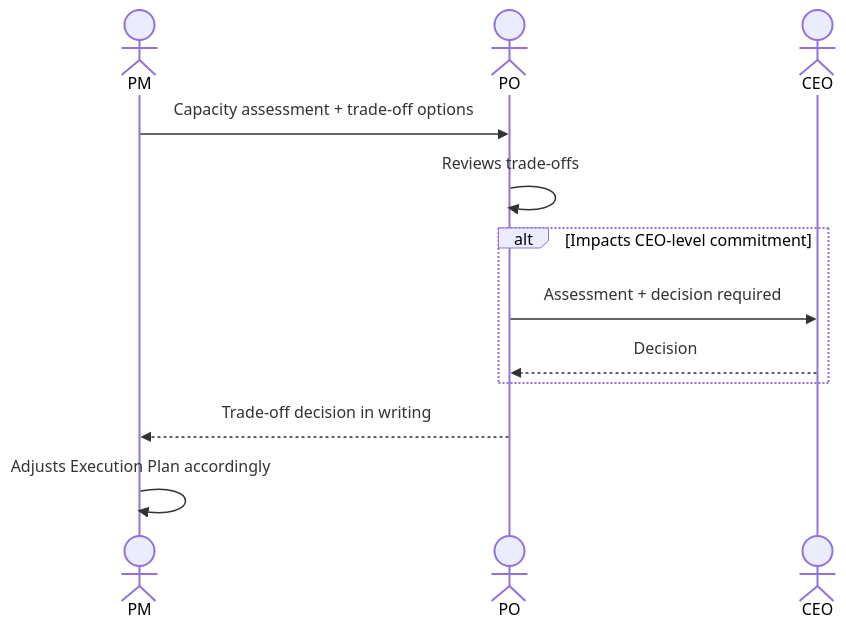
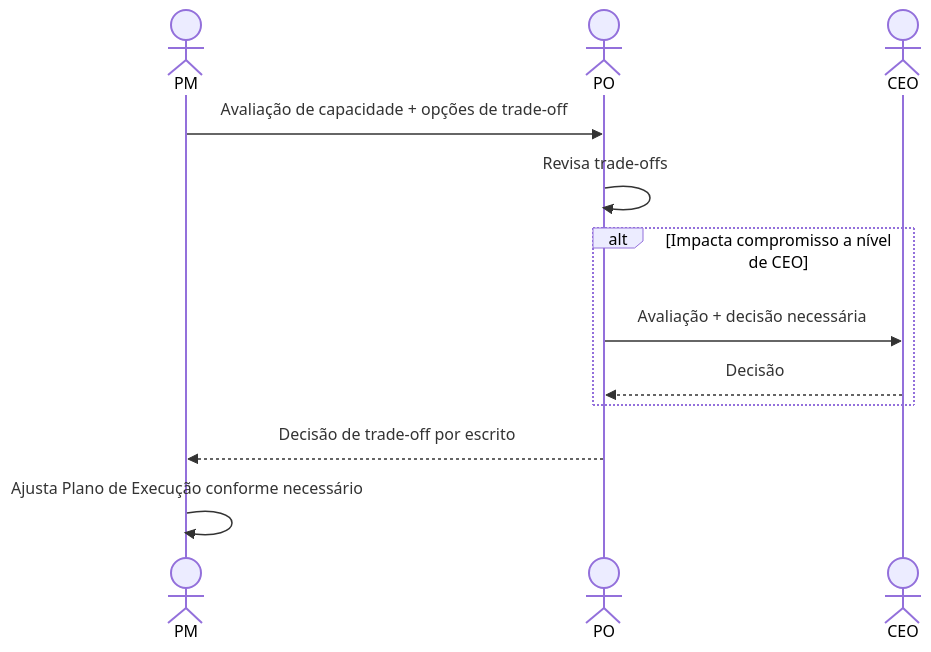
The diagram in interactions/08-pm-to-po-capacity.md (hugo-hsbtech/teamwork-process), drawn with Mermaid before and after one commit. The commit also changed other lines of this file and 64 other files, not shown here.

````diff
--- a/interactions/08-pm-to-po-capacity.md
+++ b/interactions/08-pm-to-po-capacity.md
@@ -60,17 +60,17 @@
 ```mermaid
 sequenceDiagram
     actor PM as PM
     actor PO as PO
     actor CEO as CEO
 
-    PM->>PO: Capacity assessment + trade-off options
-    PO->>PO: Reviews trade-offs
+    PM->>PO: Avaliação de capacidade + opções de trade-off
+    PO->>PO: Revisa trade-offs
 
-    alt Impacts CEO-level commitment
-        PO->>CEO: Assessment + decision required
-        CEO-->>PO: Decision
+    alt Impacta compromisso a nível de CEO
+        PO->>CEO: Avaliação + decisão necessária
+        CEO-->>PO: Decisão
     end
 
-    PO-->>PM: Trade-off decision in writing
-    PM->>PM: Adjusts Execution Plan accordingly
+    PO-->>PM: Decisão de trade-off por escrito
+    PM->>PM: Ajusta Plano de Execução conforme necessário
 ```
````
